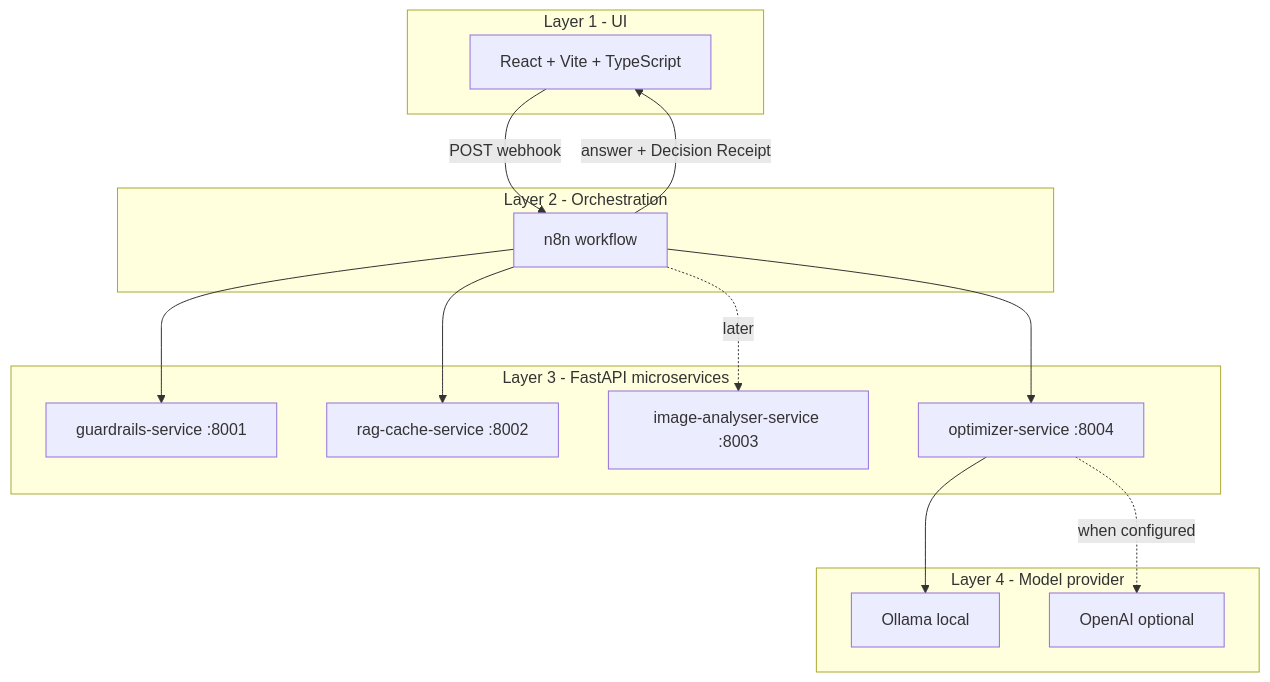
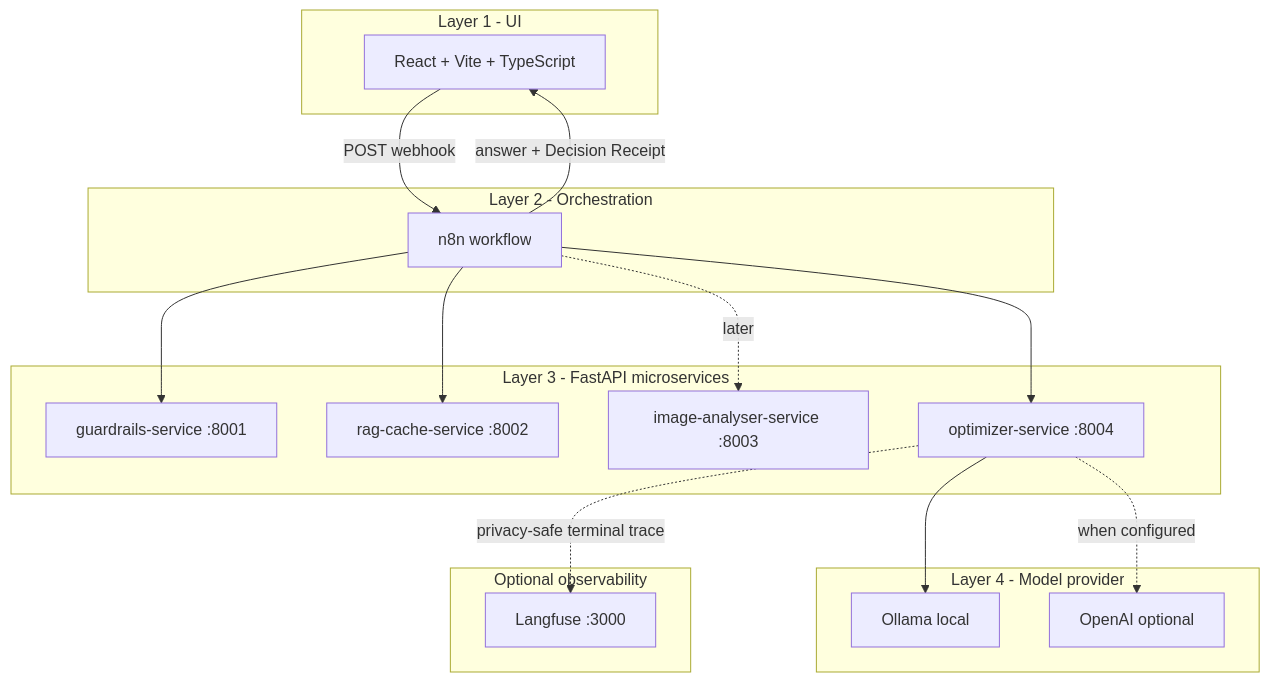
The diagram in README.md (tomeryoel/tokenwise), drawn with Mermaid before and after one commit. The commit also changed other lines of this file and 19 other files, not shown here.

Commit message:
feat(observability): add privacy-safe Langfuse tracing

````diff
--- a/README.md
+++ b/README.md
@@ -17,28 +18,32 @@
 ```mermaid
 flowchart TB
     subgraph L1 [Layer 1 - UI]
         UI["React + Vite + TypeScript"]
     end
     subgraph L2 [Layer 2 - Orchestration]
         N8N["n8n workflow"]
     end
     subgraph L3 [Layer 3 - FastAPI microservices]
         GR["guardrails-service :8001"]
         RAG["rag-cache-service :8002"]
         IMG["image-analyser-service :8003"]
         OPT["optimizer-service :8004"]
     end
     subgraph L4 [Layer 4 - Model provider]
         OLLAMA["Ollama local"]
         OPENAI["OpenAI optional"]
     end
+    subgraph OBS [Optional observability]
+        LF["Langfuse :3000"]
+    end
 
     UI -->|POST webhook| N8N
     N8N --> GR
     N8N --> RAG
     N8N --> OPT
     N8N -. later .-> IMG
     OPT --> OLLAMA
     OPT -. when configured .-> OPENAI
+    OPT -. privacy-safe terminal trace .-> LF
     N8N -->|answer + Decision Receipt| UI
 ```
````
